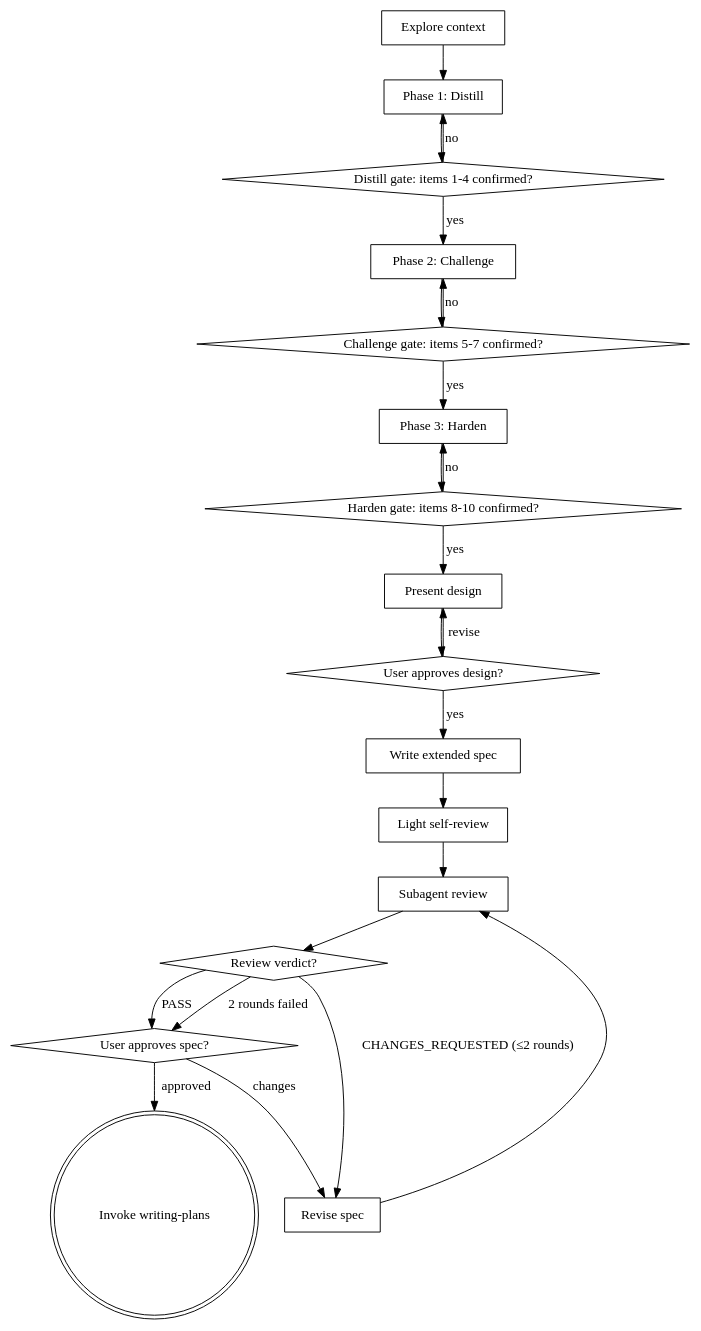
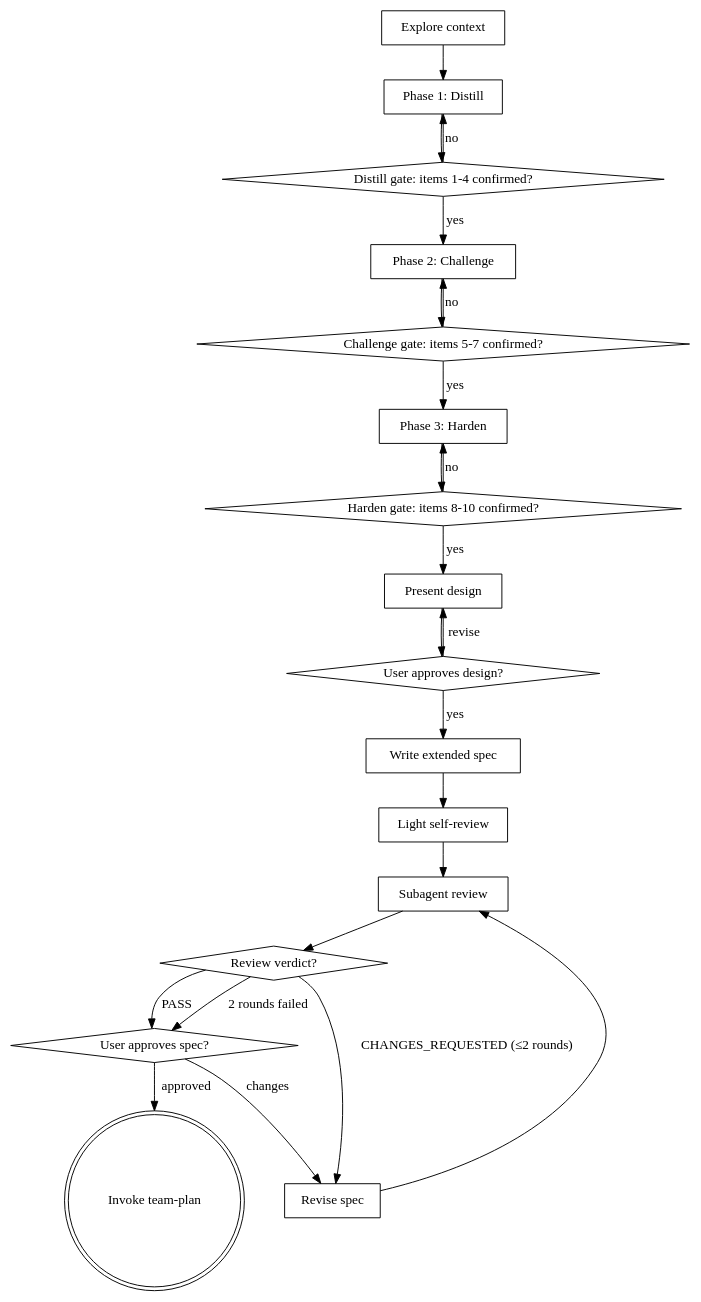
Before and after one commit to rat-siem/team-driven-development: the diagram in skills/deep-brainstorm/SKILL.md, drawn with Graphviz. The commit also changed other lines of this file, not shown here.

Commit message:
refactor(deep-brainstorm): hand off to team-plan instead of writing-plans

````diff
--- a/skills/deep-brainstorm/SKILL.md
+++ b/skills/deep-brainstorm/SKILL.md
@@ -35,43 +35,43 @@
 ```dot
 digraph deep_brainstorm {
     "Explore context" [shape=box];
     "Phase 1: Distill" [shape=box];
     "Distill gate: items 1-4 confirmed?" [shape=diamond];
     "Phase 2: Challenge" [shape=box];
     "Challenge gate: items 5-7 confirmed?" [shape=diamond];
     "Phase 3: Harden" [shape=box];
     "Harden gate: items 8-10 confirmed?" [shape=diamond];
     "Present design" [shape=box];
     "User approves design?" [shape=diamond];
     "Write extended spec" [shape=box];
     "Light self-review" [shape=box];
     "Subagent review" [shape=box];
     "Review verdict?" [shape=diamond];
     "Revise spec" [shape=box];
     "User approves spec?" [shape=diamond];
-    "Invoke writing-plans" [shape=doublecircle];
+    "Invoke team-plan" [shape=doublecircle];
 
     "Explore context" -> "Phase 1: Distill";
     "Phase 1: Distill" -> "Distill gate: items 1-4 confirmed?";
     "Distill gate: items 1-4 confirmed?" -> "Phase 1: Distill" [label="no"];
     "Distill gate: items 1-4 confirmed?" -> "Phase 2: Challenge" [label="yes"];
     "Phase 2: Challenge" -> "Challenge gate: items 5-7 confirmed?";
     "Challenge gate: items 5-7 confirmed?" -> "Phase 2: Challenge" [label="no"];
     "Challenge gate: items 5-7 confirmed?" -> "Phase 3: Harden" [label="yes"];
     "Phase 3: Harden" -> "Harden gate: items 8-10 confirmed?";
     "Harden gate: items 8-10 confirmed?" -> "Phase 3: Harden" [label="no"];
     "Harden gate: items 8-10 confirmed?" -> "Present design" [label="yes"];
     "Present design" -> "User approves design?";
     "User approves design?" -> "Present design" [label="revise"];
     "User approves design?" -> "Write extended spec" [label="yes"];
     "Write extended spec" -> "Light self-review";
     "Light self-review" -> "Subagent review";
     "Subagent review" -> "Review verdict?";
     "Review verdict?" -> "Revise spec" [label="CHANGES_REQUESTED (≤2 rounds)"];
     "Revise spec" -> "Subagent review";
     "Review verdict?" -> "User approves spec?" [label="PASS"];
     "Review verdict?" -> "User approves spec?" [label="2 rounds failed"];
     "User approves spec?" -> "Revise spec" [label="changes"];
-    "User approves spec?" -> "Invoke writing-plans" [label="approved"];
+    "User approves spec?" -> "Invoke team-plan" [label="approved"];
 }
 ```
````
